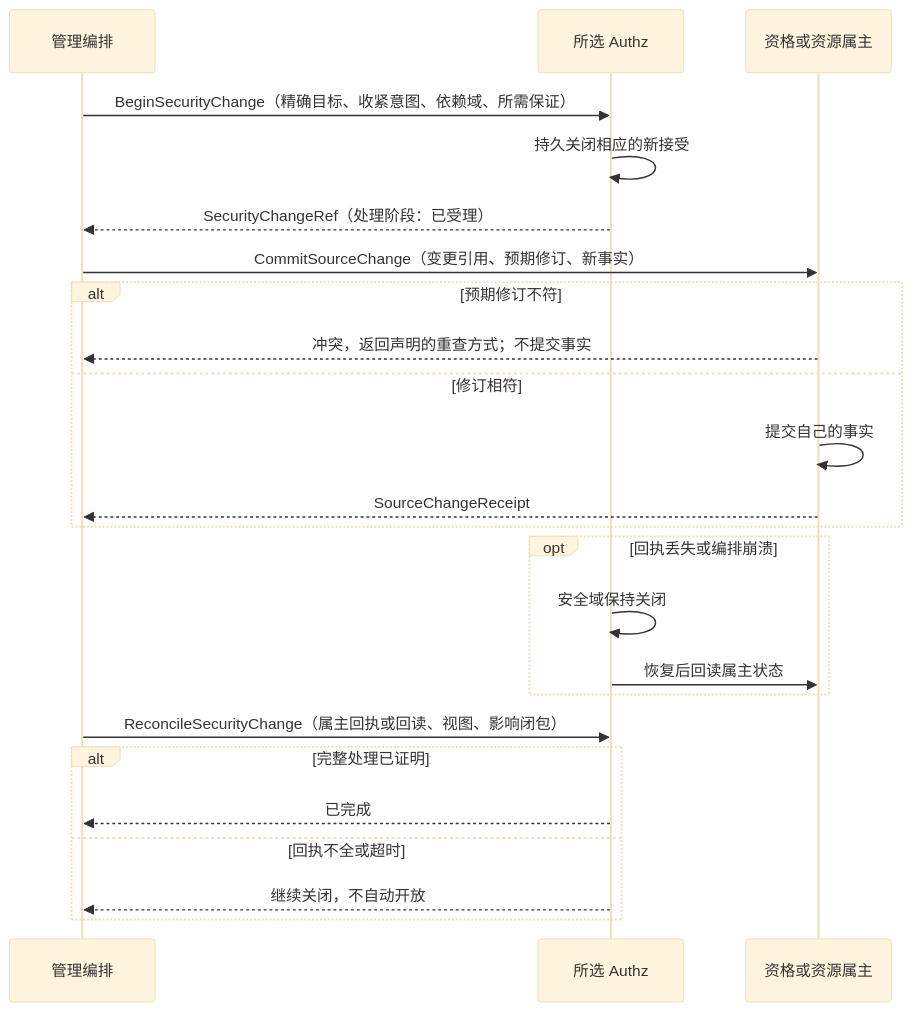
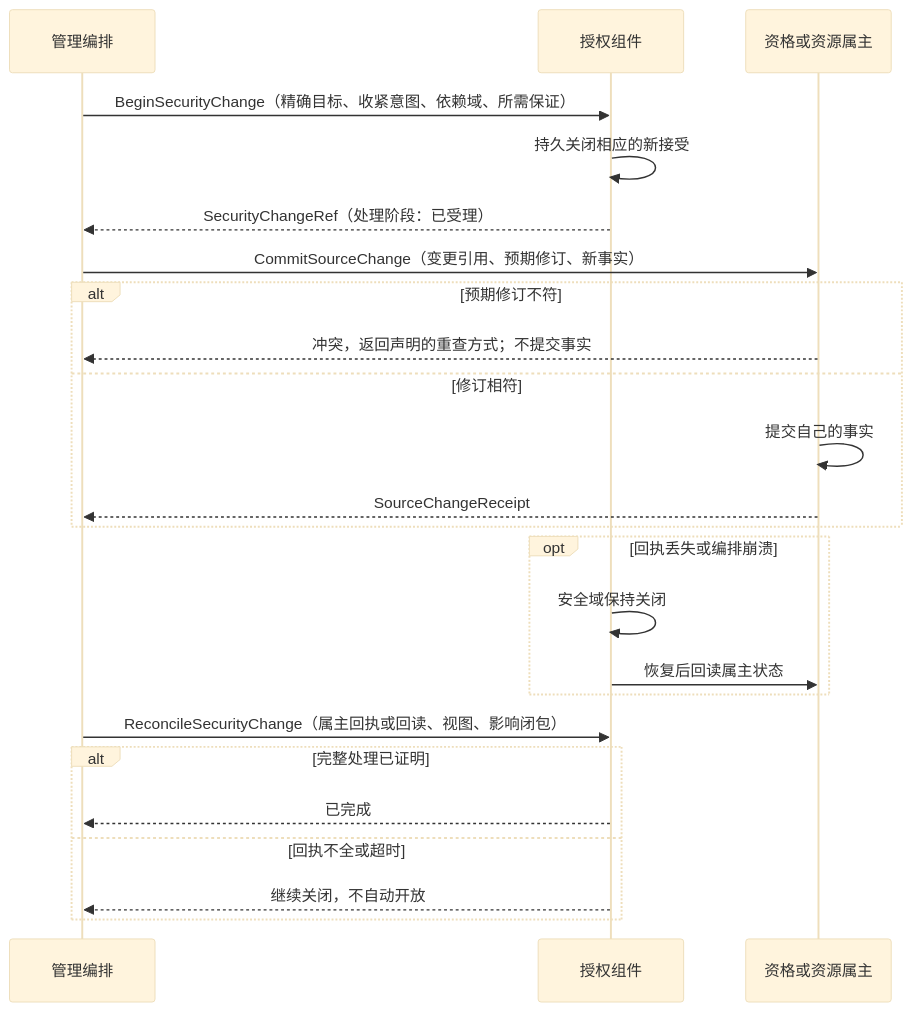
One commit to brickKit/be-assembly-standard changed the second of 2 diagrams in tempDocs/final/06-protocols/security/06-security-contracts-and-capabilities.md. Above: the diagram before and after it, drawn with Mermaid (base theme). The commit also changed other lines of this file and 12 other files, not shown here.

````diff
--- a/tempDocs/final/06-protocols/security/06-security-contracts-and-capabilities.md
+++ b/tempDocs/final/06-protocols/security/06-security-contracts-and-capabilities.md
@@ -174,26 +165,26 @@
 ```mermaid
 sequenceDiagram
     participant M as 管理编排
-    participant Z as 所选 Authz
+    participant Z as 授权组件
     participant S as 资格或资源属主
     M->>Z: BeginSecurityChange（精确目标、收紧意图、依赖域、所需保证）
     Z->>Z: 持久关闭相应的新接受
     Z-->>M: SecurityChangeRef（处理阶段：已受理）
     M->>S: CommitSourceChange（变更引用、预期修订、新事实）
     alt 预期修订不符
         S-->>M: 冲突，返回声明的重查方式；不提交事实
     else 修订相符
         S->>S: 提交自己的事实
         S-->>M: SourceChangeReceipt
     end
     opt 回执丢失或编排崩溃
         Z->>Z: 安全域保持关闭
         Z->>S: 恢复后回读属主状态
     end
     M->>Z: ReconcileSecurityChange（属主回执或回读、视图、影响闭包）
     alt 完整处理已证明
         Z-->>M: 已完成
     else 回执不全或超时
         Z-->>M: 继续关闭，不自动开放
     end
 ```
````
